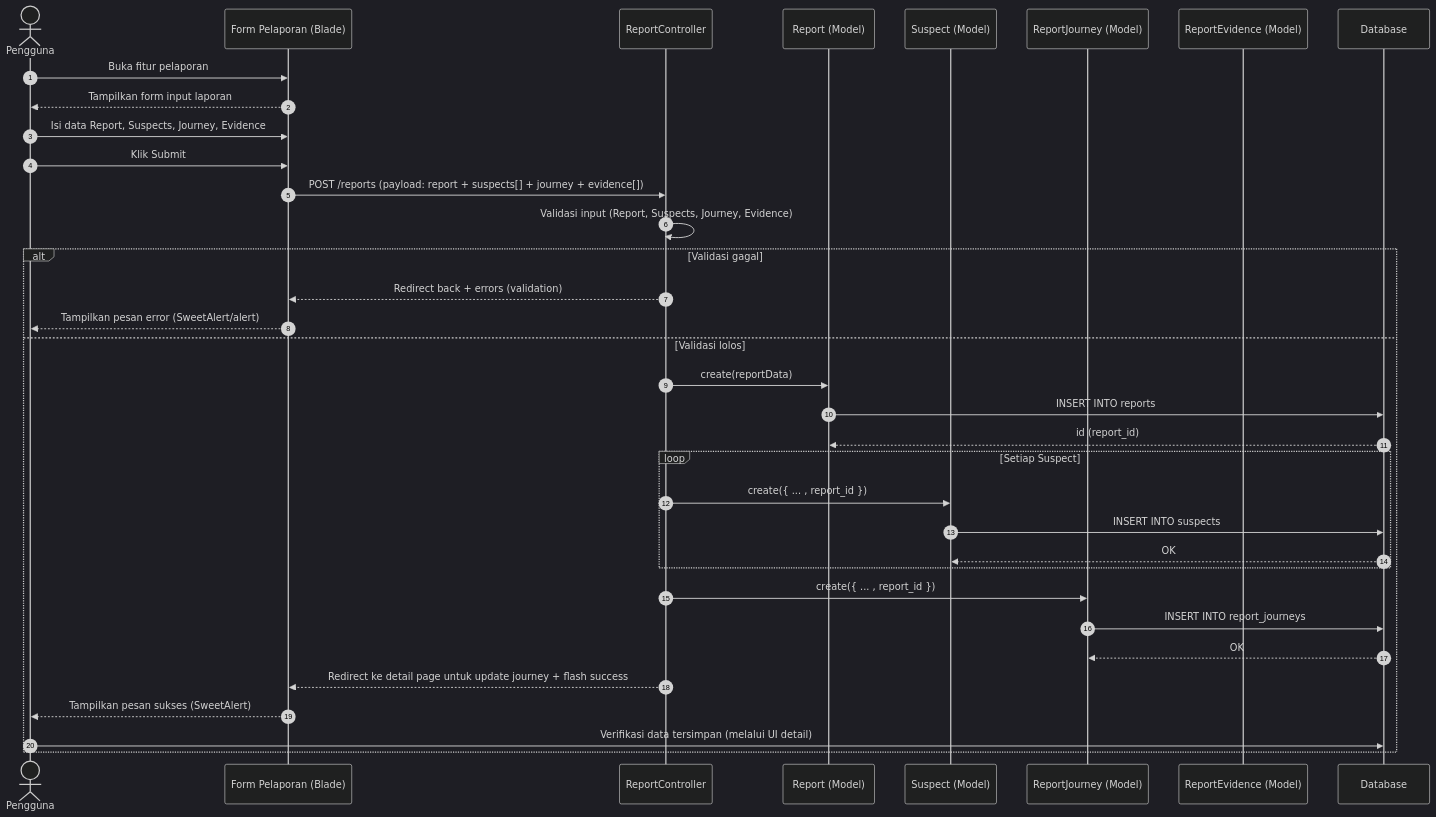
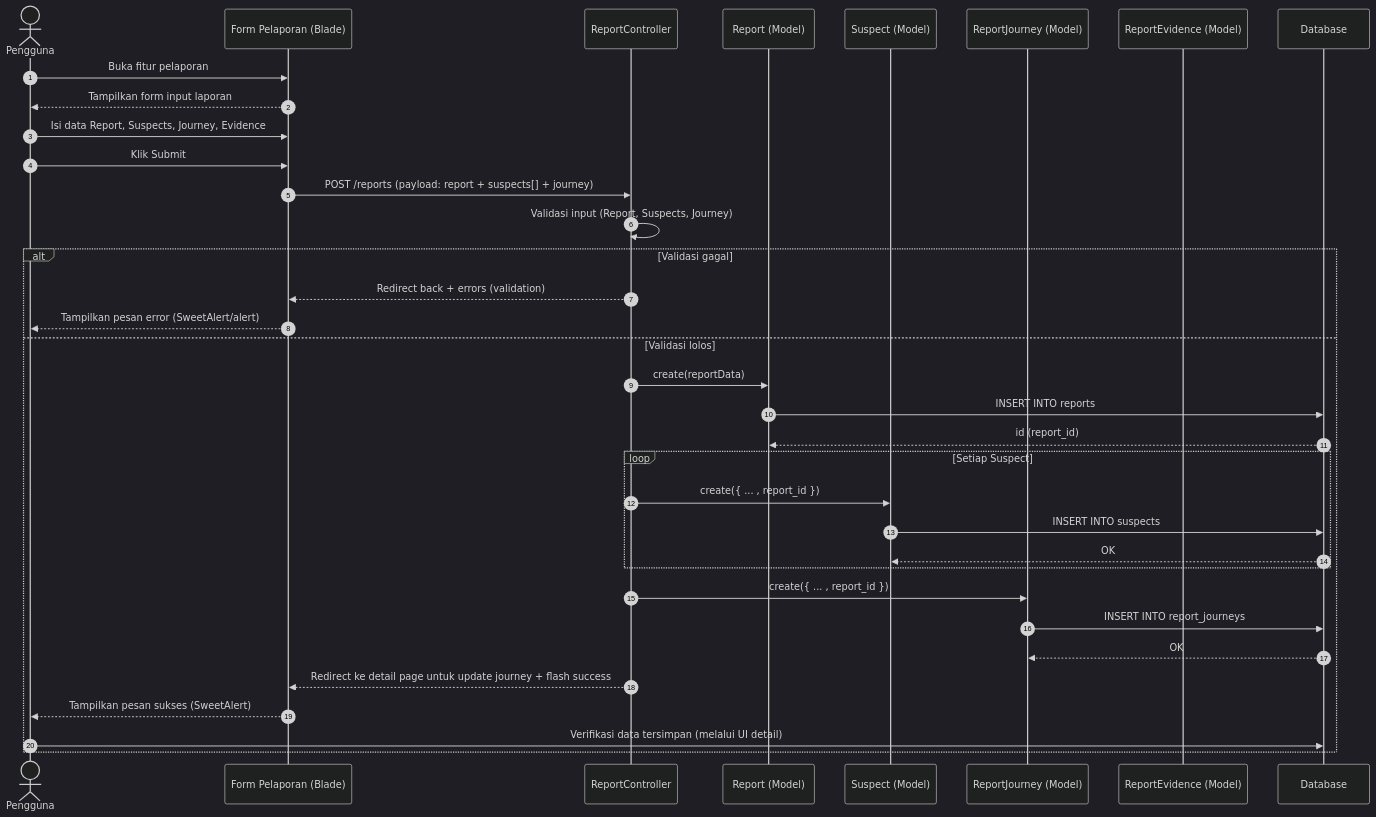
The diagram in docs/sequence/pelaporan/pelaporan-sequence.md (Alexaldi/polda), drawn with Mermaid (dark theme) before and after one commit. The commit also changed other lines of this file, not shown here.

Commit message:
feat: tambahkan sequence diagram fitur pelaporan

````diff
--- a/docs/sequence/pelaporan/pelaporan-sequence.md
+++ b/docs/sequence/pelaporan/pelaporan-sequence.md
@@ -5,43 +5,43 @@
 ```mermaid
 sequenceDiagram
     autonumber
     actor User as Pengguna
     participant Web as Form Pelaporan (Blade)
     participant RC as ReportController
     participant R as Report (Model)
     participant S as Suspect (Model)
     participant RJ as ReportJourney (Model)
     participant RE as ReportEvidence (Model)
     participant DB as Database
 
     User->>Web: Buka fitur pelaporan
     Web-->>User: Tampilkan form input laporan
 
     User->>Web: Isi data Report, Suspects, Journey, Evidence
     User->>Web: Klik Submit
-    Web->>RC: POST /reports (payload: report + suspects[] + journey + evidence[])
+    Web->>RC: POST /reports (payload: report + suspects[] + journey)
 
-    RC->>RC: Validasi input (Report, Suspects, Journey, Evidence)
+    RC->>RC: Validasi input (Report, Suspects, Journey)
     alt Validasi gagal
         RC-->>Web: Redirect back + errors (validation)
         Web-->>User: Tampilkan pesan error (SweetAlert/alert)
     else Validasi lolos
         RC->>R: create(reportData)
         R->>DB: INSERT INTO reports
         DB-->>R: id (report_id)
 
         loop Setiap Suspect
             RC->>S: create({ ... , report_id })
             S->>DB: INSERT INTO suspects
             DB-->>S: OK
         end
 
         RC->>RJ: create({ ... , report_id })
         RJ->>DB: INSERT INTO report_journeys
         DB-->>RJ: OK
 
         RC-->>Web: Redirect ke detail page untuk update journey + flash success
         Web-->>User: Tampilkan pesan sukses (SweetAlert)
         User->>DB: Verifikasi data tersimpan (melalui UI detail)
     end
 ```
````
